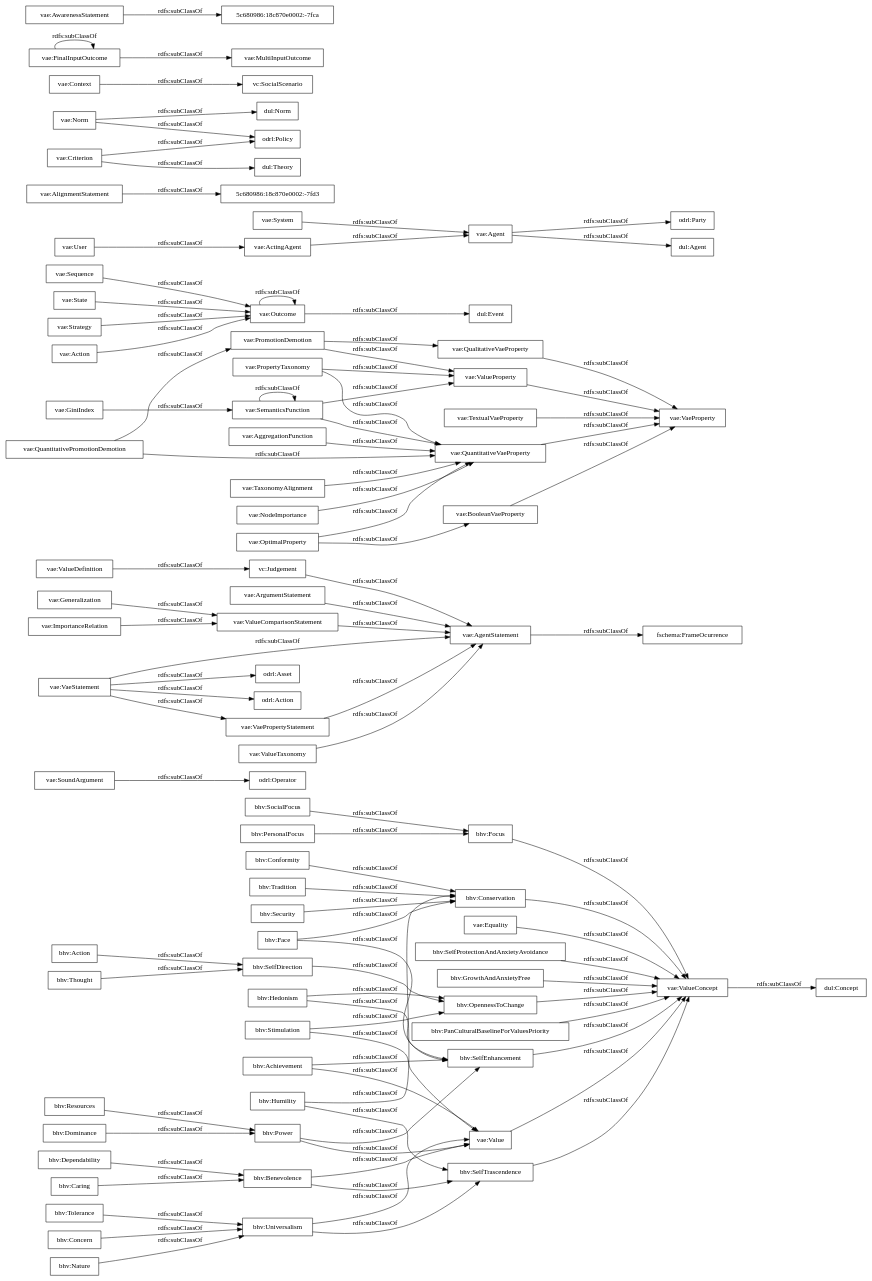
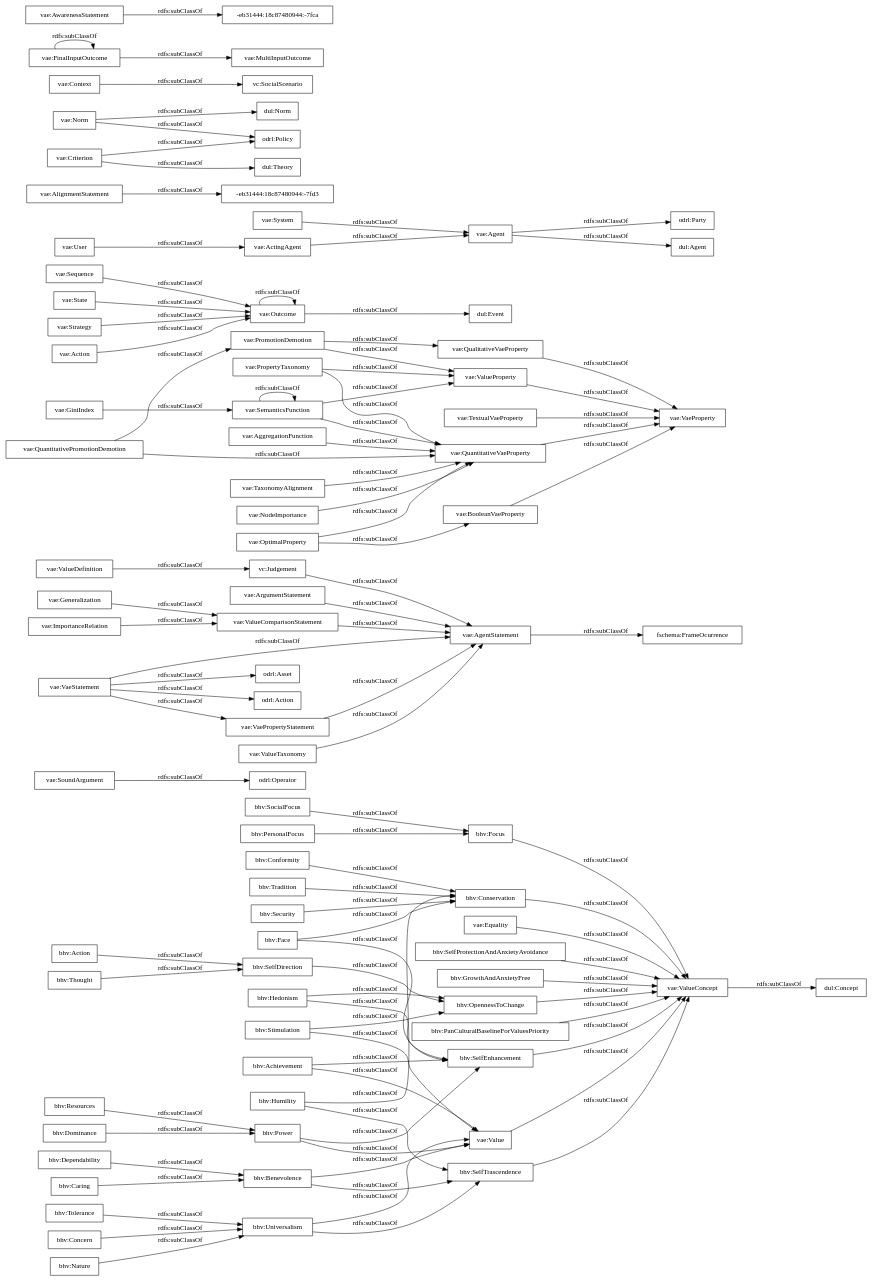
The diagram in OnToology/vaeontology-v000.rdf/diagrams/ar2dtool-taxonomy/vaeontology-v000.rdf.png.dot (andresh26-uam/vae-ontology), drawn with Graphviz before and after one commit. The commit also changed 76 other files, not shown here.

```diff
--- a/OnToology/vaeontology-v000.rdf/diagrams/ar2dtool-taxonomy/vaeontology-v000.rdf.png.dot
+++ b/OnToology/vaeontology-v000.rdf/diagrams/ar2dtool-taxonomy/vaeontology-v000.rdf.png.dot
@@ -1,102 +1,102 @@
 digraph ar2dtool_diagram { 
 rankdir=LR;
 size="1000"
-node [shape = rectangle, color="black"]; "bhv:Stimulation" "odrl:Operator" "vae:ValueDefinition" "vae:PropertyTaxonomy" "bhv:Tolerance" "vae:VaeProperty" "vae:QuantitativeVaeProperty" "vae:Sequence" "odrl:Party" "bhv:Tradition" "vae:Equality" "vae:AlignmentStatement" "bhv:SocialFocus" "dul:Norm" "vae:Context" "bhv:Dominance" "vae:Generalization" "vae:MultiInputOutcome" "vae:TextualVaeProperty" "vae:AwarenessStatement" "bhv:Security" "dul:Agent" "vae:AggregationFunction" "bhv:SelfDirection" "vc:SocialScenario" "vae:System" "vae:AgentStatement" "vae:Outcome" "vae:Value" "odrl:Policy" "bhv:SelfProtectionAndAnxietyAvoidance" "dul:Theory" "fschema:FrameOcurrence" "vae:Criterion" "vae:FinalInputOutcome" "vae:ArgumentStatement" "vae:ValueProperty" "vae:ValueComparisonStatement" "dul:Concept" "bhv:Hedonism" "vae:VaeStatement" "5c680986:18c870e0002:-7fca" "odrl:Asset" "bhv:Concern" "vae:State" "vae:SoundArgument" "vae:ValueConcept" "bhv:GrowthAndAnxietyFree" "bhv:Thought" "bhv:Humility" "vae:QualitativeVaeProperty" "vae:Strategy" "bhv:Focus" "vae:ActingAgent" "bhv:Power" "bhv:Nature" "bhv:Benevolence" "bhv:Achievement" "vae:BooleanVaeProperty" "odrl:Action" "bhv:PanCulturalBaselineForValuesPriority" "vae:ImportanceRelation" "bhv:SelfTrascendence" "vae:Norm" "vae:OptimalProperty" "vae:TaxonomyAlignment" "bhv:Action" "bhv:Caring" "bhv:Resources" "bhv:Face" "vae:ValueTaxonomy" "vae:QuantitativePromotionDemotion" "vae:GiniIndex" "vae:User" "dul:Event" "bhv:Dependability" "bhv:Conformity" "vae:VaePropertyStatement" "bhv:Conservation" "5c680986:18c870e0002:-7fd3" "vae:SemanticsFunction" "vae:Agent" "vae:PromotionDemotion" "vae:Action" "vae:NodeImportance" "bhv:Universalism" "vc:Judgement" "bhv:SelfEnhancement" "bhv:OpennessToChange" "bhv:PersonalFocus" ; /*classes style*/
+node [shape = rectangle, color="black"]; "bhv:Stimulation" "odrl:Operator" "vae:ValueDefinition" "vae:PropertyTaxonomy" "bhv:Tolerance" "vae:VaeProperty" "vae:QuantitativeVaeProperty" "vae:Sequence" "odrl:Party" "bhv:Tradition" "vae:Equality" "vae:AlignmentStatement" "bhv:SocialFocus" "dul:Norm" "vae:Context" "bhv:Dominance" "vae:Generalization" "vae:MultiInputOutcome" "vae:TextualVaeProperty" "vae:AwarenessStatement" "bhv:Security" "dul:Agent" "vae:AggregationFunction" "bhv:SelfDirection" "vc:SocialScenario" "vae:System" "vae:AgentStatement" "vae:Outcome" "vae:Value" "odrl:Policy" "dul:Theory" "bhv:SelfProtectionAndAnxietyAvoidance" "vae:Criterion" "fschema:FrameOcurrence" "vae:FinalInputOutcome" "vae:ArgumentStatement" "vae:ValueProperty" "vae:ValueComparisonStatement" "dul:Concept" "bhv:Hedonism" "vae:VaeStatement" "odrl:Asset" "bhv:Concern" "vae:State" "vae:SoundArgument" "vae:ValueConcept" "bhv:GrowthAndAnxietyFree" "bhv:Thought" "bhv:Humility" "vae:QualitativeVaeProperty" "vae:Strategy" "bhv:Focus" "vae:ActingAgent" "bhv:Power" "bhv:Nature" "bhv:Benevolence" "-eb31444:18c87480944:-7fd3" "bhv:Achievement" "vae:BooleanVaeProperty" "odrl:Action" "bhv:PanCulturalBaselineForValuesPriority" "vae:ImportanceRelation" "bhv:SelfTrascendence" "vae:Norm" "vae:TaxonomyAlignment" "vae:OptimalProperty" "bhv:Action" "-eb31444:18c87480944:-7fca" "bhv:Caring" "bhv:Resources" "bhv:Face" "vae:ValueTaxonomy" "vae:QuantitativePromotionDemotion" "vae:GiniIndex" "vae:User" "dul:Event" "bhv:Dependability" "bhv:Conformity" "vae:VaePropertyStatement" "bhv:Conservation" "vae:SemanticsFunction" "vae:Agent" "vae:PromotionDemotion" "vae:Action" "vae:NodeImportance" "bhv:Universalism" "vc:Judgement" "bhv:SelfEnhancement" "bhv:OpennessToChange" "bhv:PersonalFocus" ; /*classes style*/
 	"vae:GiniIndex" -> "vae:SemanticsFunction" [ label = "rdfs:subClassOf" ];
 	"vae:Strategy" -> "vae:Outcome" [ label = "rdfs:subClassOf" ];
 	"bhv:Face" -> "bhv:SelfEnhancement" [ label = "rdfs:subClassOf" ];
 	"bhv:Face" -> "bhv:Conservation" [ label = "rdfs:subClassOf" ];
 	"bhv:Universalism" -> "bhv:SelfTrascendence" [ label = "rdfs:subClassOf" ];
 	"bhv:Universalism" -> "vae:Value" [ label = "rdfs:subClassOf" ];
 	"bhv:Power" -> "bhv:SelfEnhancement" [ label = "rdfs:subClassOf" ];
 	"bhv:Power" -> "vae:Value" [ label = "rdfs:subClassOf" ];
 	"vae:Outcome" -> "vae:Outcome" [ label = "rdfs:subClassOf" ];
 	"vae:Outcome" -> "dul:Event" [ label = "rdfs:subClassOf" ];
 	"vae:ValueComparisonStatement" -> "vae:AgentStatement" [ label = "rdfs:subClassOf" ];
 	"vae:Sequence" -> "vae:Outcome" [ label = "rdfs:subClassOf" ];
 	"vae:Generalization" -> "vae:ValueComparisonStatement" [ label = "rdfs:subClassOf" ];
 	"vae:OptimalProperty" -> "vae:QuantitativeVaeProperty" [ label = "rdfs:subClassOf" ];
 	"vae:OptimalProperty" -> "vae:BooleanVaeProperty" [ label = "rdfs:subClassOf" ];
 	"vae:SemanticsFunction" -> "vae:ValueProperty" [ label = "rdfs:subClassOf" ];
 	"vae:SemanticsFunction" -> "vae:SemanticsFunction" [ label = "rdfs:subClassOf" ];
 	"vae:SemanticsFunction" -> "vae:QuantitativeVaeProperty" [ label = "rdfs:subClassOf" ];
 	"bhv:OpennessToChange" -> "vae:ValueConcept" [ label = "rdfs:subClassOf" ];
 	"vae:AgentStatement" -> "fschema:FrameOcurrence" [ label = "rdfs:subClassOf" ];
 	"vae:BooleanVaeProperty" -> "vae:VaeProperty" [ label = "rdfs:subClassOf" ];
 	"vae:Norm" -> "odrl:Policy" [ label = "rdfs:subClassOf" ];
 	"vae:Norm" -> "dul:Norm" [ label = "rdfs:subClassOf" ];
 	"bhv:Tolerance" -> "bhv:Universalism" [ label = "rdfs:subClassOf" ];
 	"bhv:Tradition" -> "bhv:Conservation" [ label = "rdfs:subClassOf" ];
 	"vae:ValueTaxonomy" -> "vae:AgentStatement" [ label = "rdfs:subClassOf" ];
 	"bhv:Nature" -> "bhv:Universalism" [ label = "rdfs:subClassOf" ];
 	"bhv:SelfTrascendence" -> "vae:ValueConcept" [ label = "rdfs:subClassOf" ];
 	"vae:VaeStatement" -> "vae:VaePropertyStatement" [ label = "rdfs:subClassOf" ];
 	"vae:VaeStatement" -> "vae:AgentStatement" [ label = "rdfs:subClassOf" ];
 	"vae:VaeStatement" -> "odrl:Asset" [ label = "rdfs:subClassOf" ];
 	"vae:VaeStatement" -> "odrl:Action" [ label = "rdfs:subClassOf" ];
 	"bhv:Resources" -> "bhv:Power" [ label = "rdfs:subClassOf" ];
 	"bhv:SocialFocus" -> "bhv:Focus" [ label = "rdfs:subClassOf" ];
 	"vae:Context" -> "vc:SocialScenario" [ label = "rdfs:subClassOf" ];
 	"bhv:Focus" -> "vae:ValueConcept" [ label = "rdfs:subClassOf" ];
 	"vae:Equality" -> "vae:ValueConcept" [ label = "rdfs:subClassOf" ];
 	"bhv:SelfEnhancement" -> "vae:ValueConcept" [ label = "rdfs:subClassOf" ];
 	"bhv:Benevolence" -> "bhv:SelfTrascendence" [ label = "rdfs:subClassOf" ];
 	"bhv:Benevolence" -> "vae:Value" [ label = "rdfs:subClassOf" ];
 	"bhv:Caring" -> "bhv:Benevolence" [ label = "rdfs:subClassOf" ];
 	"bhv:Concern" -> "bhv:Universalism" [ label = "rdfs:subClassOf" ];
 	"vae:Criterion" -> "odrl:Policy" [ label = "rdfs:subClassOf" ];
 	"vae:Criterion" -> "dul:Theory" [ label = "rdfs:subClassOf" ];
 	"vae:PromotionDemotion" -> "vae:ValueProperty" [ label = "rdfs:subClassOf" ];
 	"vae:PromotionDemotion" -> "vae:QualitativeVaeProperty" [ label = "rdfs:subClassOf" ];
 	"bhv:Achievement" -> "bhv:SelfEnhancement" [ label = "rdfs:subClassOf" ];
 	"bhv:Achievement" -> "vae:Value" [ label = "rdfs:subClassOf" ];
 	"bhv:GrowthAndAnxietyFree" -> "vae:ValueConcept" [ label = "rdfs:subClassOf" ];
 	"vae:System" -> "vae:Agent" [ label = "rdfs:subClassOf" ];
 	"vae:ArgumentStatement" -> "vae:AgentStatement" [ label = "rdfs:subClassOf" ];
 	"vae:ValueProperty" -> "vae:VaeProperty" [ label = "rdfs:subClassOf" ];
 	"bhv:Action" -> "bhv:SelfDirection" [ label = "rdfs:subClassOf" ];
 	"vae:NodeImportance" -> "vae:QuantitativeVaeProperty" [ label = "rdfs:subClassOf" ];
 	"vae:PropertyTaxonomy" -> "vae:ValueProperty" [ label = "rdfs:subClassOf" ];
 	"vae:PropertyTaxonomy" -> "vae:QuantitativeVaeProperty" [ label = "rdfs:subClassOf" ];
 	"vae:State" -> "vae:Outcome" [ label = "rdfs:subClassOf" ];
 	"bhv:Conservation" -> "vae:ValueConcept" [ label = "rdfs:subClassOf" ];
 	"vae:VaePropertyStatement" -> "vae:AgentStatement" [ label = "rdfs:subClassOf" ];
 	"vae:User" -> "vae:ActingAgent" [ label = "rdfs:subClassOf" ];
 	"vae:SoundArgument" -> "odrl:Operator" [ label = "rdfs:subClassOf" ];
 	"bhv:Security" -> "bhv:Conservation" [ label = "rdfs:subClassOf" ];
 	"bhv:Conformity" -> "bhv:Conservation" [ label = "rdfs:subClassOf" ];
 	"vc:Judgement" -> "vae:AgentStatement" [ label = "rdfs:subClassOf" ];
 	"bhv:Thought" -> "bhv:SelfDirection" [ label = "rdfs:subClassOf" ];
 	"vae:FinalInputOutcome" -> "vae:MultiInputOutcome" [ label = "rdfs:subClassOf" ];
 	"vae:FinalInputOutcome" -> "vae:FinalInputOutcome" [ label = "rdfs:subClassOf" ];
 	"bhv:SelfProtectionAndAnxietyAvoidance" -> "vae:ValueConcept" [ label = "rdfs:subClassOf" ];
 	"vae:ValueDefinition" -> "vc:Judgement" [ label = "rdfs:subClassOf" ];
 	"vae:TaxonomyAlignment" -> "vae:QuantitativeVaeProperty" [ label = "rdfs:subClassOf" ];
 	"bhv:Stimulation" -> "bhv:OpennessToChange" [ label = "rdfs:subClassOf" ];
 	"bhv:Stimulation" -> "vae:Value" [ label = "rdfs:subClassOf" ];
 	"vae:TextualVaeProperty" -> "vae:VaeProperty" [ label = "rdfs:subClassOf" ];
 	"vae:Action" -> "vae:Outcome" [ label = "rdfs:subClassOf" ];
 	"vae:AggregationFunction" -> "vae:QuantitativeVaeProperty" [ label = "rdfs:subClassOf" ];
-	"vae:AwarenessStatement" -> "5c680986:18c870e0002:-7fca" [ label = "rdfs:subClassOf" ];
+	"vae:AwarenessStatement" -> "-eb31444:18c87480944:-7fca" [ label = "rdfs:subClassOf" ];
 	"bhv:Dominance" -> "bhv:Power" [ label = "rdfs:subClassOf" ];
 	"vae:QualitativeVaeProperty" -> "vae:VaeProperty" [ label = "rdfs:subClassOf" ];
 	"vae:Agent" -> "odrl:Party" [ label = "rdfs:subClassOf" ];
 	"vae:Agent" -> "dul:Agent" [ label = "rdfs:subClassOf" ];
 	"bhv:PanCulturalBaselineForValuesPriority" -> "vae:ValueConcept" [ label = "rdfs:subClassOf" ];
 	"vae:Value" -> "vae:ValueConcept" [ label = "rdfs:subClassOf" ];
 	"vae:QuantitativeVaeProperty" -> "vae:VaeProperty" [ label = "rdfs:subClassOf" ];
 	"vae:QuantitativePromotionDemotion" -> "vae:QuantitativeVaeProperty" [ label = "rdfs:subClassOf" ];
 	"vae:QuantitativePromotionDemotion" -> "vae:PromotionDemotion" [ label = "rdfs:subClassOf" ];
 	"bhv:Dependability" -> "bhv:Benevolence" [ label = "rdfs:subClassOf" ];
 	"vae:ImportanceRelation" -> "vae:ValueComparisonStatement" [ label = "rdfs:subClassOf" ];
 	"vae:ValueConcept" -> "dul:Concept" [ label = "rdfs:subClassOf" ];
 	"bhv:Hedonism" -> "bhv:SelfEnhancement" [ label = "rdfs:subClassOf" ];
 	"bhv:Hedonism" -> "bhv:OpennessToChange" [ label = "rdfs:subClassOf" ];
 	"bhv:PersonalFocus" -> "bhv:Focus" [ label = "rdfs:subClassOf" ];
 	"bhv:SelfDirection" -> "bhv:OpennessToChange" [ label = "rdfs:subClassOf" ];
-	"vae:AlignmentStatement" -> "5c680986:18c870e0002:-7fd3" [ label = "rdfs:subClassOf" ];
+	"vae:AlignmentStatement" -> "-eb31444:18c87480944:-7fd3" [ label = "rdfs:subClassOf" ];
 	"vae:ActingAgent" -> "vae:Agent" [ label = "rdfs:subClassOf" ];
 	"bhv:Humility" -> "bhv:SelfTrascendence" [ label = "rdfs:subClassOf" ];
 	"bhv:Humility" -> "bhv:Conservation" [ label = "rdfs:subClassOf" ];
 
 }
```
